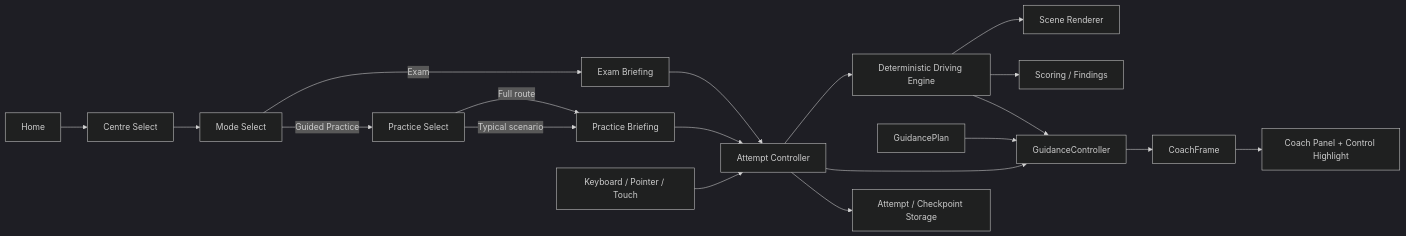
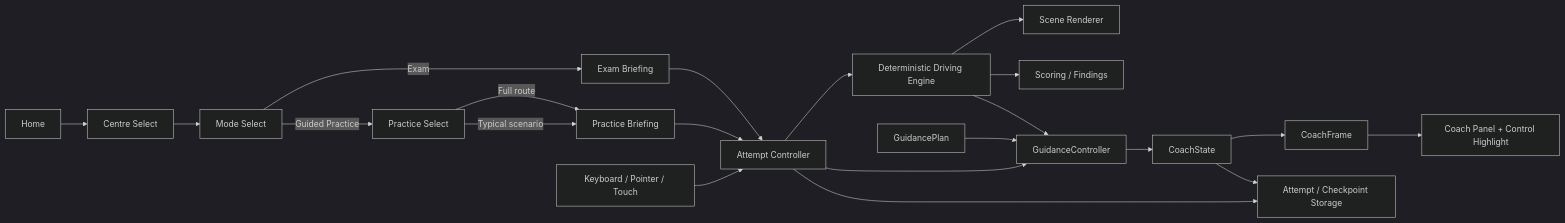
One commit to nieyy/my-ai-brain changed the first of 2 diagrams in docs/designs/2026-08-14-ontario-g-test-guided-practice-mode-design-zh.md. Above: the diagram before and after it, drawn with Mermaid (dark theme). The commit also changed other lines of this file, not shown here.

````diff
--- a/docs/designs/2026-08-14-ontario-g-test-guided-practice-mode-design-zh.md
+++ b/docs/designs/2026-08-14-ontario-g-test-guided-practice-mode-design-zh.md
@@ -156,21 +157,23 @@
 ```mermaid
 flowchart LR
   A["Home"] --> B["Centre Select"]
   B --> C["Mode Select"]
   C -->|Exam| D["Exam Briefing"]
   C -->|Guided Practice| E["Practice Select"]
   E -->|Full route| F["Practice Briefing"]
   E -->|Typical scenario| F
   D --> G["Attempt Controller"]
   F --> G
   H["Keyboard / Pointer / Touch"] --> G
   G --> I["Deterministic Driving Engine"]
   I --> J["Scene Renderer"]
   I --> K["Scoring / Findings"]
   L["GuidancePlan"] --> M["GuidanceController"]
   I --> M
   G --> M
-  M --> N["CoachFrame"]
-  N --> O["Coach Panel + Control Highlight"]
-  G --> P["Attempt / Checkpoint Storage"]
+  M --> N["CoachState"]
+  N --> O["CoachFrame"]
+  O --> P["Coach Panel + Control Highlight"]
+  G --> Q["Attempt / Checkpoint Storage"]
+  N --> Q
 ```
````
